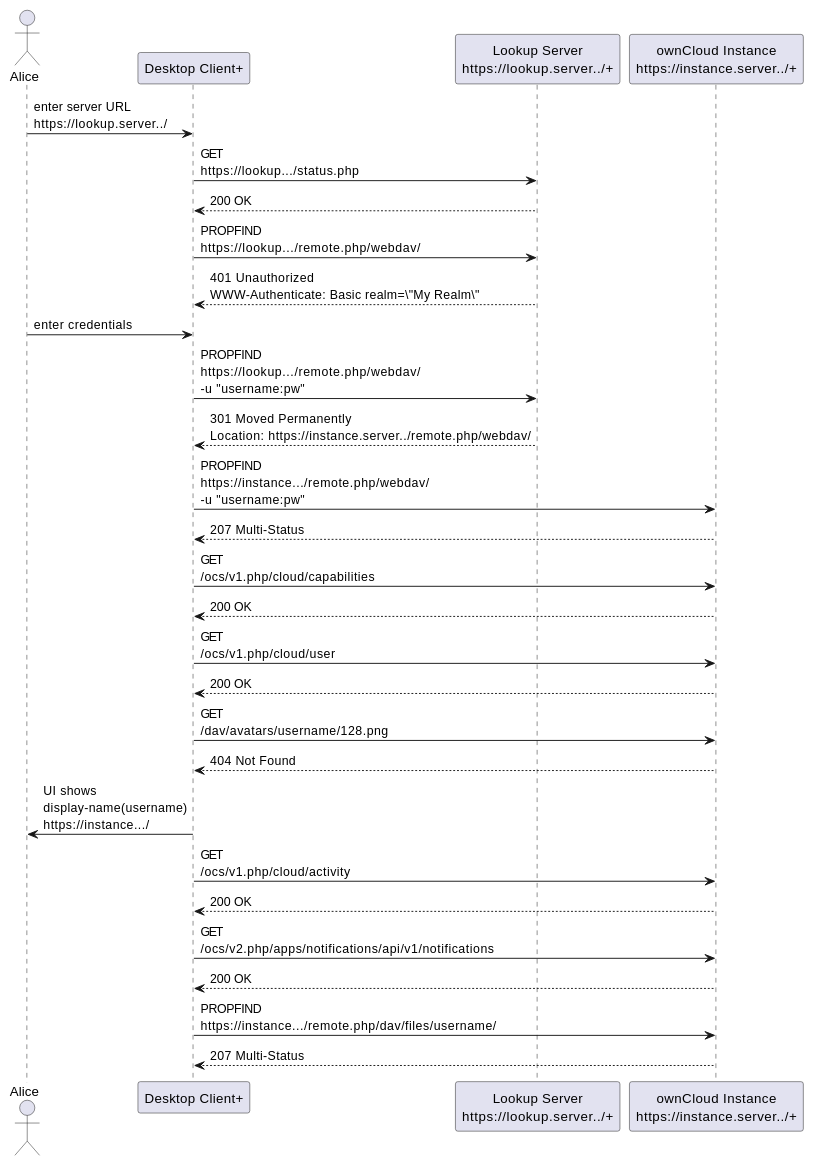
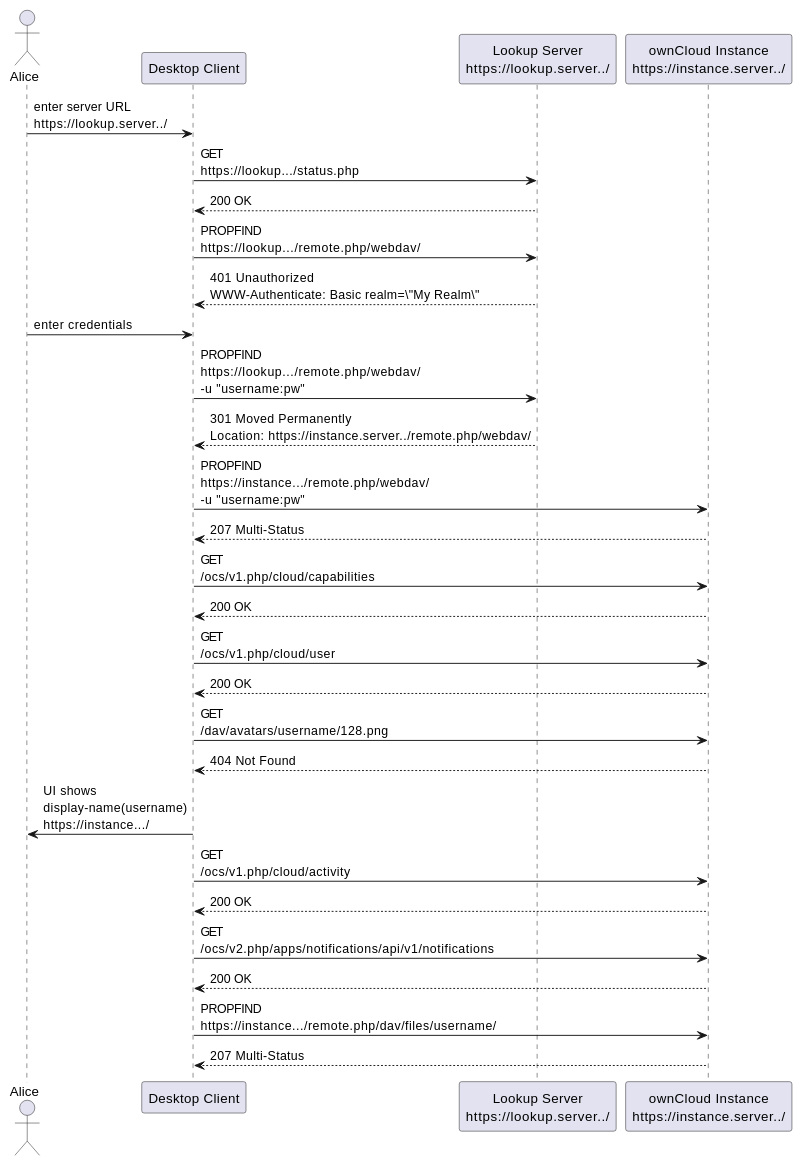
Before and after one commit to owncloud/administration: the diagram in redirectServer/Readme.md, drawn with PlantUML. The commit also changed other lines of this file, not shown here.

````diff
--- a/redirectServer/Readme.md
+++ b/redirectServer/Readme.md
@@ -71,44 +71,44 @@
 ```plantuml
 @startuml
 actor Alice
-participant Client as "Desktop Client+"
-participant Lookup as "Lookup Server\nhttps://lookup.server../+"
-participant Instance as "ownCloud Instance\nhttps://instance.server../+"
+participant Client as "Desktop Client"
+participant Lookup as "Lookup Server\nhttps://lookup.server../"
+participant Instance as "ownCloud Instance\nhttps://instance.server../"
 
 Alice -> Client : enter server URL\nhttps://lookup.server../
 
 Client -> Lookup : GET\nhttps://lookup.../status.php
 Client <-- Lookup : 200 OK
 
 Client -> Lookup : PROPFIND\nhttps://lookup.../remote.php/webdav/
 Client <-- Lookup : 401 Unauthorized\nWWW-Authenticate: Basic realm=\"My Realm\"
 
 Alice -> Client : enter credentials
 
 Client -> Lookup : PROPFIND\nhttps://lookup.../remote.php/webdav/\n-u "username:pw"
 Client <-- Lookup : 301 Moved Permanently\nLocation: https://instance.server../remote.php/webdav/
 
 Client -> Instance : PROPFIND\nhttps://instance.../remote.php/webdav/\n-u "username:pw"
 Client <-- Instance : 207 Multi-Status
 
 Client -> Instance : GET\n/ocs/v1.php/cloud/capabilities
 Client <-- Instance : 200 OK
 
 Client -> Instance : GET\n/ocs/v1.php/cloud/user
 Client <-- Instance : 200 OK
 
 Client -> Instance : GET\n/dav/avatars/username/128.png
 Client <-- Instance : 404 Not Found
 
 Client -> Alice : UI shows\ndisplay-name(username)\nhttps://instance.../
 
 Client -> Instance : GET\n/ocs/v1.php/cloud/activity
 Client <-- Instance : 200 OK
 
 Client -> Instance : GET\n/ocs/v2.php/apps/notifications/api/v1/notifications
 Client <-- Instance : 200 OK
 
 Client -> Instance : PROPFIND\nhttps://instance.../remote.php/dav/files/username/
 Client <-- Instance : 207 Multi-Status
 @enduml
 ```
````
